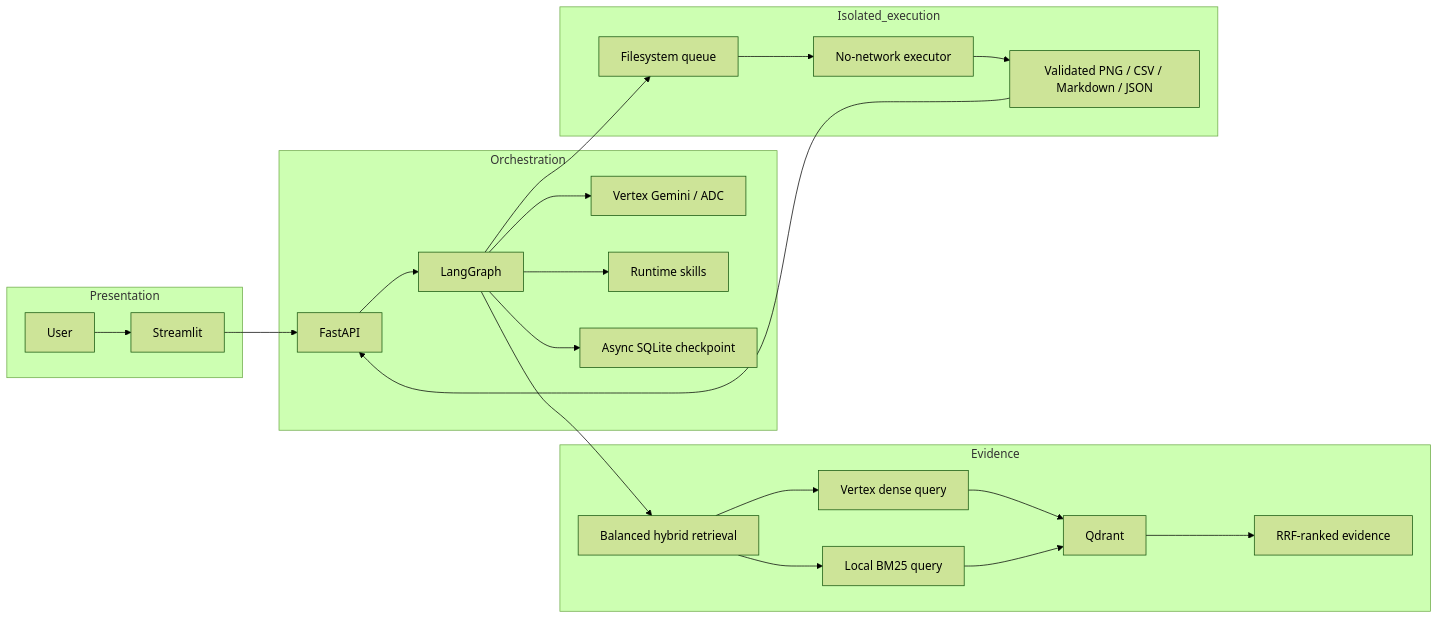
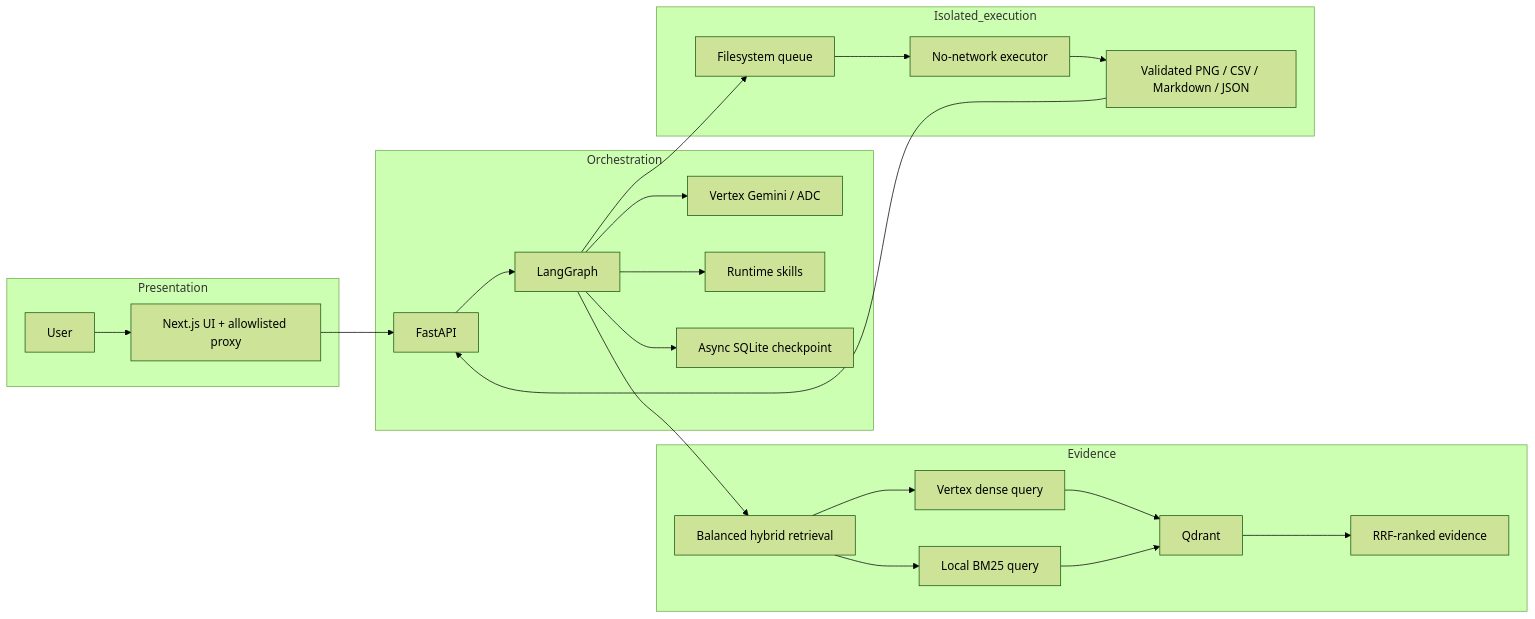
The first of 3 diagrams in DESIGN.md (rmnvg/census-insight-agent), drawn with Mermaid (forest theme) before and after one commit. The commit also changed other lines of this file and 79 other files, not shown here.

````diff
--- a/DESIGN.md
+++ b/DESIGN.md
@@ -34,27 +34,27 @@
 ```mermaid
 flowchart LR
   subgraph Presentation
-    User --> Streamlit
+    User --> Web[Next.js UI + allowlisted proxy]
   end
   subgraph Orchestration
-    Streamlit --> FastAPI
+    Web --> FastAPI
     FastAPI --> LangGraph
     LangGraph --> Gemini[Vertex Gemini / ADC]
     LangGraph --> Skills[Runtime skills]
     LangGraph --> SQLite[Async SQLite checkpoint]
   end
   subgraph Evidence
     LangGraph --> Hybrid[Balanced hybrid retrieval]
     Hybrid --> Dense[Vertex dense query]
     Hybrid --> Sparse[Local BM25 query]
     Dense --> Qdrant
     Sparse --> Qdrant
     Qdrant --> RRF[RRF-ranked evidence]
   end
   subgraph Isolated_execution
     LangGraph --> Queue[Filesystem queue]
     Queue --> Executor[No-network executor]
     Executor --> Outputs[Validated PNG / CSV / Markdown / JSON]
     Outputs --> FastAPI
   end
 ```
````
